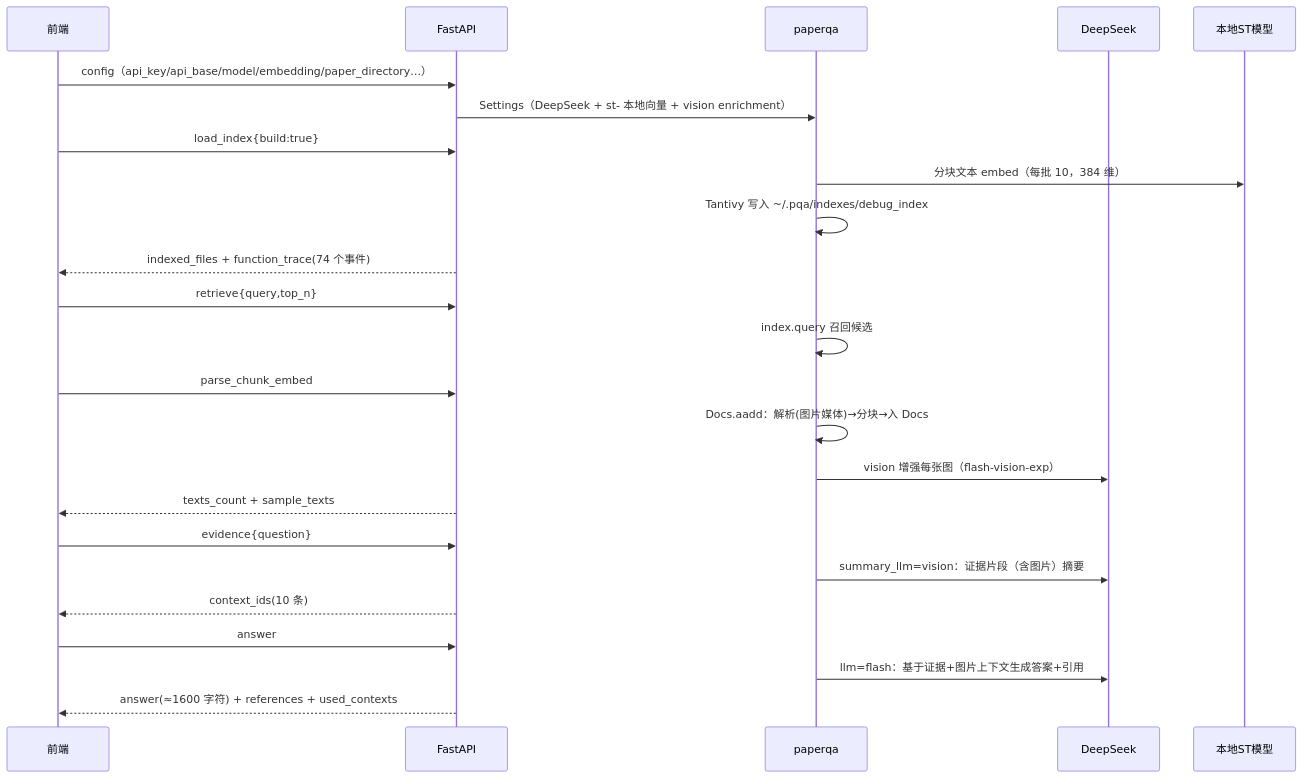
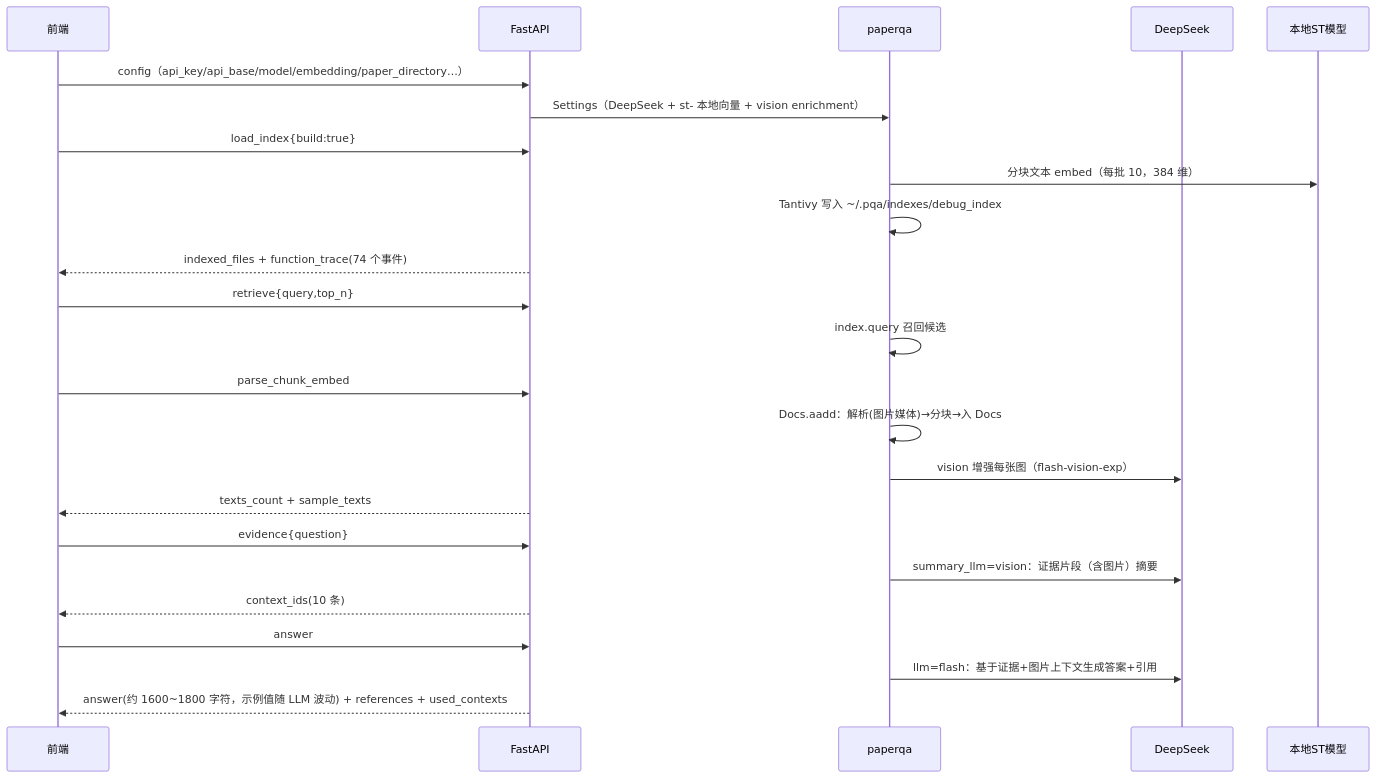
The second of 2 diagrams in docs/2-ARCHITECTURE.MD (PaperStrange/PaperReadingAgent), drawn with Mermaid before and after one commit. The commit also changed other lines of this file and 8 other files, not shown here.

````diff
--- a/docs/2-ARCHITECTURE.MD
+++ b/docs/2-ARCHITECTURE.MD
@@ -72,26 +72,26 @@
 ```mermaid
 sequenceDiagram
     participant UI as 前端
     participant BE as FastAPI
     participant PQ as paperqa
     participant DS as DeepSeek
     participant STM as 本地ST模型
     UI->>BE: config（api_key/api_base/model/embedding/paper_directory…）
     BE->>PQ: Settings（DeepSeek + st- 本地向量 + vision enrichment）
     UI->>BE: load_index{build:true}
     PQ->>STM: 分块文本 embed（每批 10，384 维）
     PQ->>PQ: Tantivy 写入 ~/.pqa/indexes/debug_index
     BE-->>UI: indexed_files + function_trace(74 个事件)
     UI->>BE: retrieve{query,top_n}
     PQ->>PQ: index.query 召回候选
     UI->>BE: parse_chunk_embed
     PQ->>PQ: Docs.aadd：解析(图片媒体)→分块→入 Docs
     PQ->>DS: vision 增强每张图（flash-vision-exp）
     BE-->>UI: texts_count + sample_texts
     UI->>BE: evidence{question}
     PQ->>DS: summary_llm=vision：证据片段（含图片）摘要
     BE-->>UI: context_ids(10 条)
     UI->>BE: answer
     PQ->>DS: llm=flash：基于证据+图片上下文生成答案+引用
-    BE-->>UI: answer(≈1600 字符) + references + used_contexts
+    BE-->>UI: answer(约 1600~1800 字符，示例值随 LLM 波动) + references + used_contexts
 ```
````
